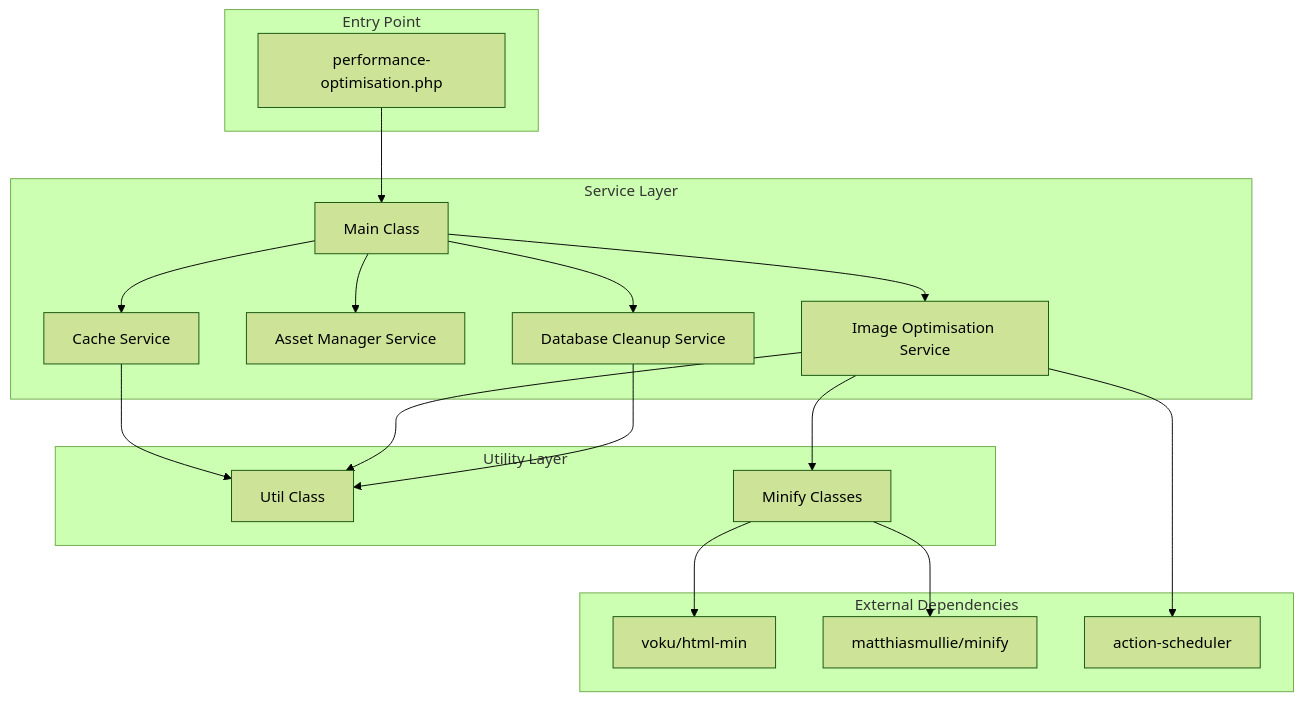
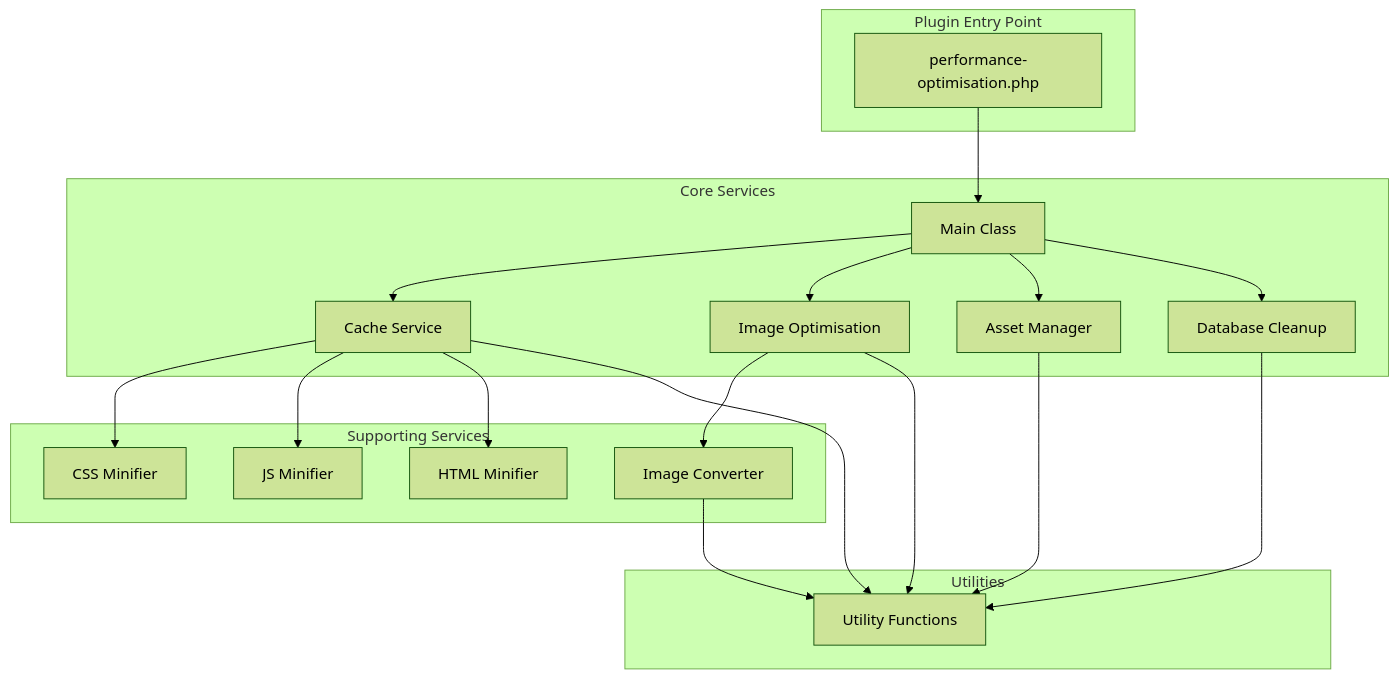
The first of 8 diagrams in .qoder/repowiki/en/content/Core Architecture/Service Layer Architecture/Service Layer Architecture.md (nilesh32236/performance-optimisation), drawn with Mermaid (forest theme) before and after one commit. The commit also changed other lines of this file and 46 other files, not shown here.

````diff
--- a/.qoder/repowiki/en/content/Core Architecture/Service Layer Architecture/Service Layer Architecture.md
+++ b/.qoder/repowiki/en/content/Core Architecture/Service Layer Architecture/Service Layer Architecture.md
@@ -40,34 +39,36 @@
 ```mermaid
 graph TB
-subgraph "Entry Point"
-A[performance-optimisation.php]
+subgraph "Plugin Entry Point"
+EP[performance-optimisation.php]
 end
-subgraph "Service Layer"
-B[Main Class]
-C[Cache Service]
-D[Asset Manager Service]
-E[Image Optimisation Service]
-F[Database Cleanup Service]
+subgraph "Core Services"
+MAIN[Main Class]
+CACHE[Cache Service]
+IMG[Image Optimisation]
+ASSET[Asset Manager]
+DB[Database Cleanup]
 end
-subgraph "Utility Layer"
-G[Util Class]
-H[Minify Classes]
+subgraph "Supporting Services"
+IMG_CONV[Image Converter]
+CSS_MIN[CSS Minifier]
+JS_MIN[JS Minifier]
+HTML_MIN[HTML Minifier]
 end
-subgraph "External Dependencies"
-I[voku/html-min]
-J[matthiasmullie/minify]
-K[action-scheduler]
+subgraph "Utilities"
+UTIL[Utility Functions]
 end
-A --> B
-B --> C
-B --> D
-B --> E
-B --> F
-C --> G
-E --> G
-E --> H
-F --> G
-H --> I
-H --> J
-E --> K
+EP --> MAIN
+MAIN --> CACHE
+MAIN --> IMG
+MAIN --> ASSET
+MAIN --> DB
+IMG --> IMG_CONV
+CACHE --> CSS_MIN
+CACHE --> JS_MIN
+CACHE --> HTML_MIN
+CACHE --> UTIL
+IMG --> UTIL
+ASSET --> UTIL
+DB --> UTIL
+IMG_CONV --> UTIL
 ```
````
